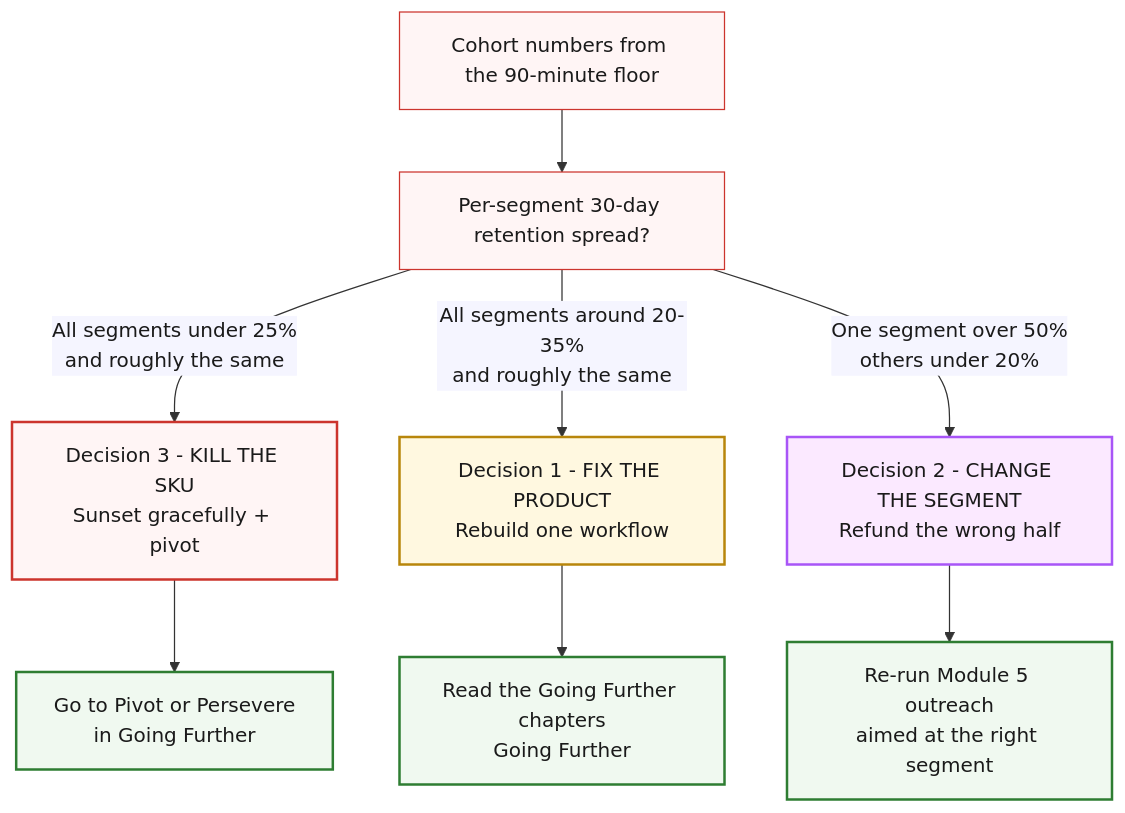
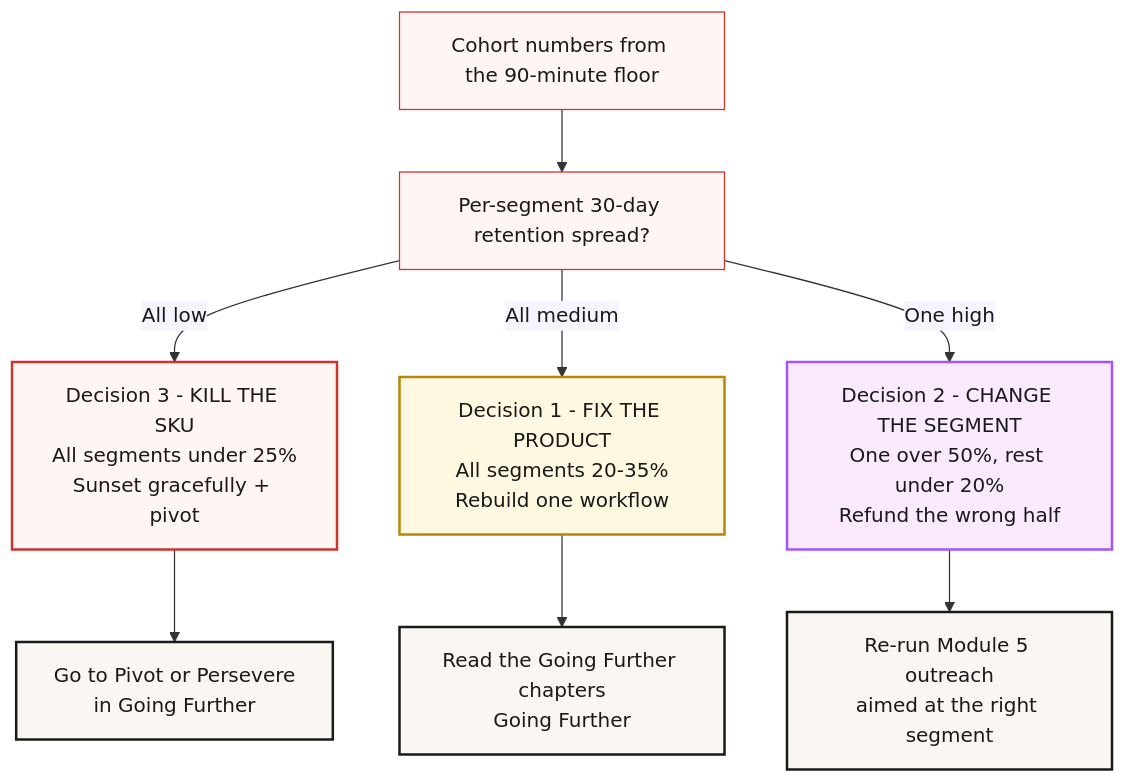
The diagram in content/course/tech-for-non-technical-founders-2026/customers-leaving-churn-triage-not-acquisition/index.md (jetthoughts/jetthoughts.github.io), drawn with Mermaid before and after one commit. The commit also changed 37 other files, not shown here.

````diff
--- a/content/course/tech-for-non-technical-founders-2026/customers-leaving-churn-triage-not-acquisition/index.md
+++ b/content/course/tech-for-non-technical-founders-2026/customers-leaving-churn-triage-not-acquisition/index.md
@@ -114,20 +114,20 @@
 ```mermaid
 %%{init: {'theme':'base', 'themeVariables': {'fontFamily':'Caveat, Patrick Hand, Comic Sans MS, cursive', 'primaryColor':'#fff5f5', 'primaryBorderColor':'#cc342d', 'lineColor':'#333', 'primaryTextColor':'#1a1a1a'}}}%%
 flowchart TD
     A[Cohort numbers from the 90-minute floor] --> B[Per-segment 30-day retention spread?]
-    B -->|All segments under 25%<br/>and roughly the same| C[Decision 3 - KILL THE SKU<br/>Sunset gracefully + pivot]
-    B -->|All segments around 20-35%<br/>and roughly the same| D[Decision 1 - FIX THE PRODUCT<br/>Rebuild one workflow]
-    B -->|One segment over 50%<br/>others under 20%| E[Decision 2 - CHANGE THE SEGMENT<br/>Refund the wrong half]
+    B -->|All low| C[Decision 3 - KILL THE SKU<br/>All segments under 25%<br/>Sunset gracefully + pivot]
+    B -->|All medium| D[Decision 1 - FIX THE PRODUCT<br/>All segments 20-35%<br/>Rebuild one workflow]
+    B -->|One high| E[Decision 2 - CHANGE THE SEGMENT<br/>One over 50%, rest under 20%<br/>Refund the wrong half]
     C --> CK[Go to Pivot or Persevere<br/>in Going Further]
     D --> DK[Read the Going Further chapters<br/>Going Further]
     E --> EK[Re-run Module 5 outreach<br/>aimed at the right segment]
 
     classDef redbox fill:#fff5f5,stroke:#cc342d,stroke-width:2px;
     classDef yellowbox fill:#fff8e0,stroke:#b8860b,stroke-width:2px;
     classDef purplebox fill:#fbe9ff,stroke:#a855f7,stroke-width:2px;
-    classDef greenbox fill:#f0f9f0,stroke:#2e7d32,stroke-width:2px;
+    classDef navbox fill:#faf7f2,stroke:#1a1a1a,stroke-width:2px;
     class C redbox
     class D yellowbox
     class E purplebox
-    class CK,DK,EK greenbox
+    class CK,DK,EK navbox
 ```
````
